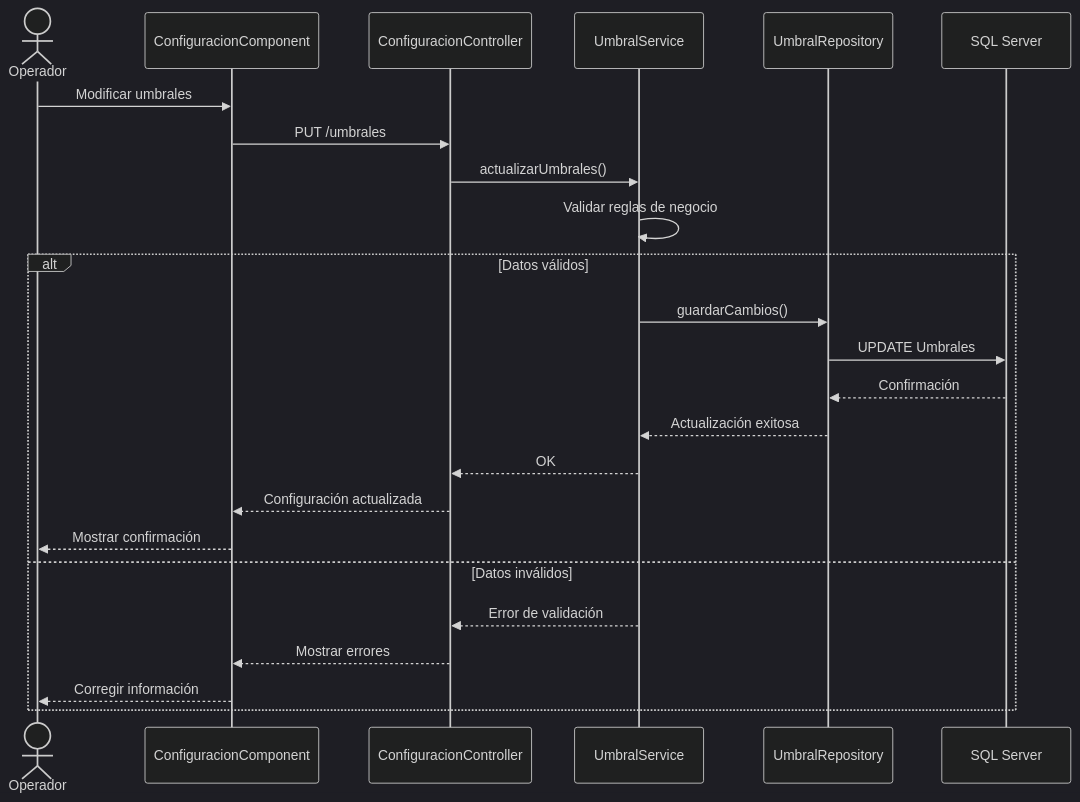
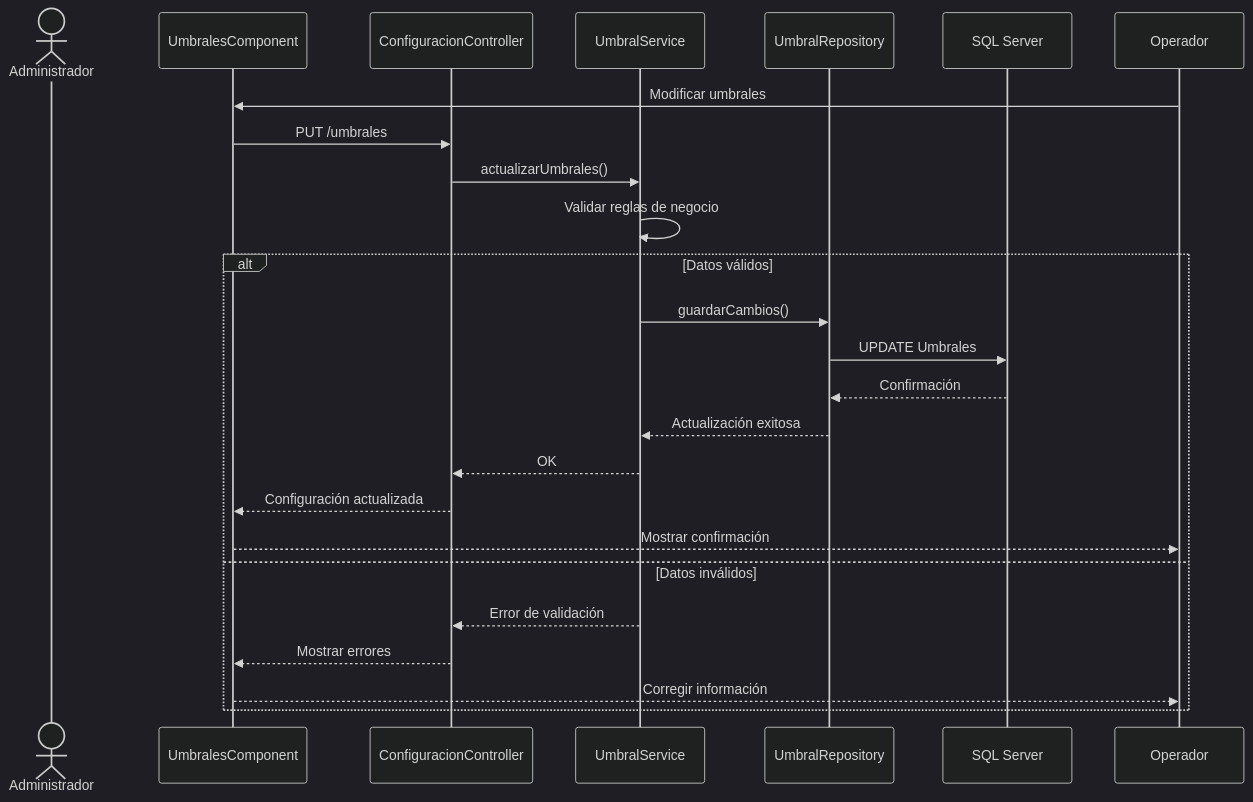
One commit to acifuinaMar/ClimGuard changed the third of 6 diagrams in docs/DOC-08-Diagramas de secuencia.md. Above: the diagram before and after it, drawn with Mermaid (dark theme). The commit also changed other lines of this file and 15 other files, not shown here.

````diff
--- a/docs/DOC-08-Diagramas de secuencia.md
+++ b/docs/DOC-08-Diagramas de secuencia.md
@@ -100,45 +100,45 @@
 ```mermaid
 sequenceDiagram
 
-actor Operador
+actor Administrador
 
-participant Config as ConfiguracionComponent
+participant Config as UmbralesComponent
 participant Controller as ConfiguracionController
 participant Service as UmbralService
 participant Repository as UmbralRepository
 participant SQL as SQL Server
 
 Operador->>Config: Modificar umbrales
 
 Config->>Controller: PUT /umbrales
 
 Controller->>Service: actualizarUmbrales()
 
 Service->>Service: Validar reglas de negocio
 
 alt Datos válidos
 
     Service->>Repository: guardarCambios()
 
     Repository->>SQL: UPDATE Umbrales
 
     SQL-->>Repository: Confirmación
 
     Repository-->>Service: Actualización exitosa
 
     Service-->>Controller: OK
 
     Controller-->>Config: Configuración actualizada
 
     Config-->>Operador: Mostrar confirmación
 
 else Datos inválidos
 
     Service-->>Controller: Error de validación
 
     Controller-->>Config: Mostrar errores
 
     Config-->>Operador: Corregir información
 
 end
 ```
````
